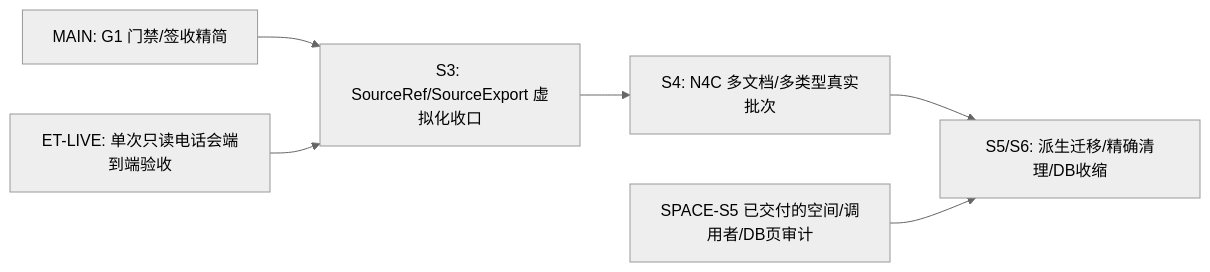
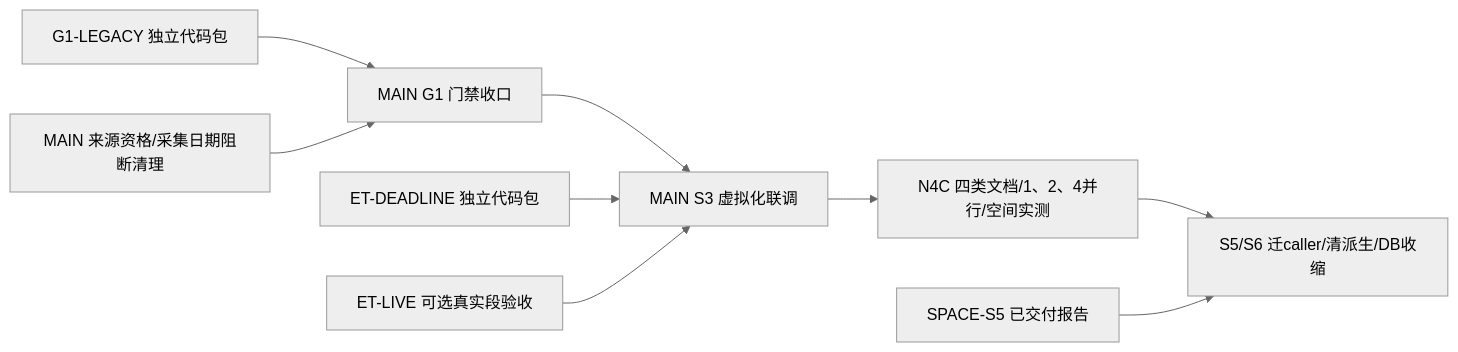
One commit to zhengcb81/company-wiki changed the diagram in docs/plans/narrative-evidence-pilot-2026-09-26/parallel_execution_plan_2026-10-03.md. Above: the diagram before and after it, drawn with Mermaid (neutral theme). The commit also changed other lines of this file and 12 other files, not shown here.

````diff
--- a/docs/plans/narrative-evidence-pilot-2026-09-26/parallel_execution_plan_2026-10-03.md
+++ b/docs/plans/narrative-evidence-pilot-2026-09-26/parallel_execution_plan_2026-10-03.md
@@ -52,8 +67,11 @@
 ```mermaid
 flowchart LR
-    GATE[MAIN: G1 门禁/签收精简] --> VIRT[S3: SourceRef/SourceExport 虚拟化收口]
-    ETLIVE[ET-LIVE: 单次只读电话会端到端验收] --> VIRT
-    VIRT --> N4C[S4: N4C 多文档/多类型真实批次]
-    N4C --> CLEAN[S5/S6: 派生迁移/精确清理/DB收缩]
-    AUDIT[SPACE-S5 已交付的空间/调用者/DB页审计] --> CLEAN
+    LEGACY[G1-LEGACY 独立代码包] --> G1[MAIN G1 门禁收口]
+    CORE[MAIN 来源资格/采集日期阻断清理] --> G1
+    G1 --> S3[MAIN S3 虚拟化联调]
+    DEADLINE[ET-DEADLINE 独立代码包] --> S3
+    LIVE[ET-LIVE 可选真实段验收] --> S3
+    S3 --> N4C[N4C 四类文档/1、2、4并行/空间实测]
+    N4C --> CLEAN[S5/S6 迁caller/清派生/DB收缩]
+    SPACE[SPACE-S5 已交付报告] --> CLEAN
 ```
````
